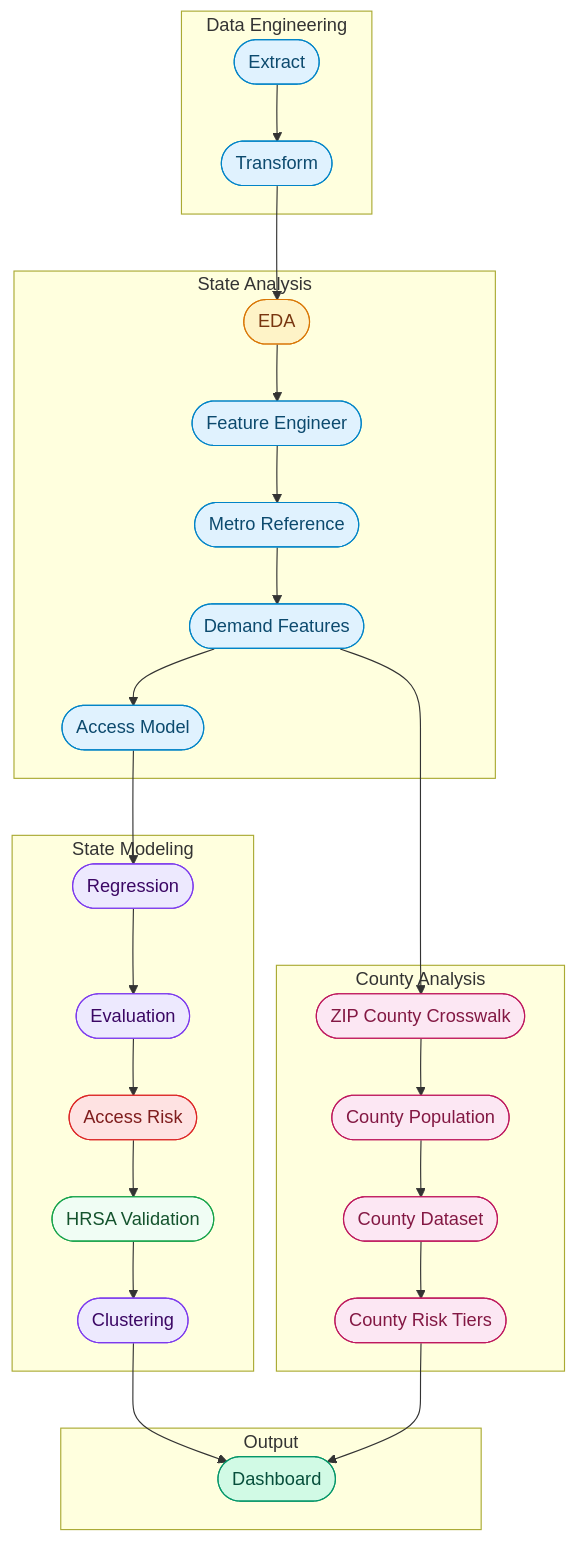
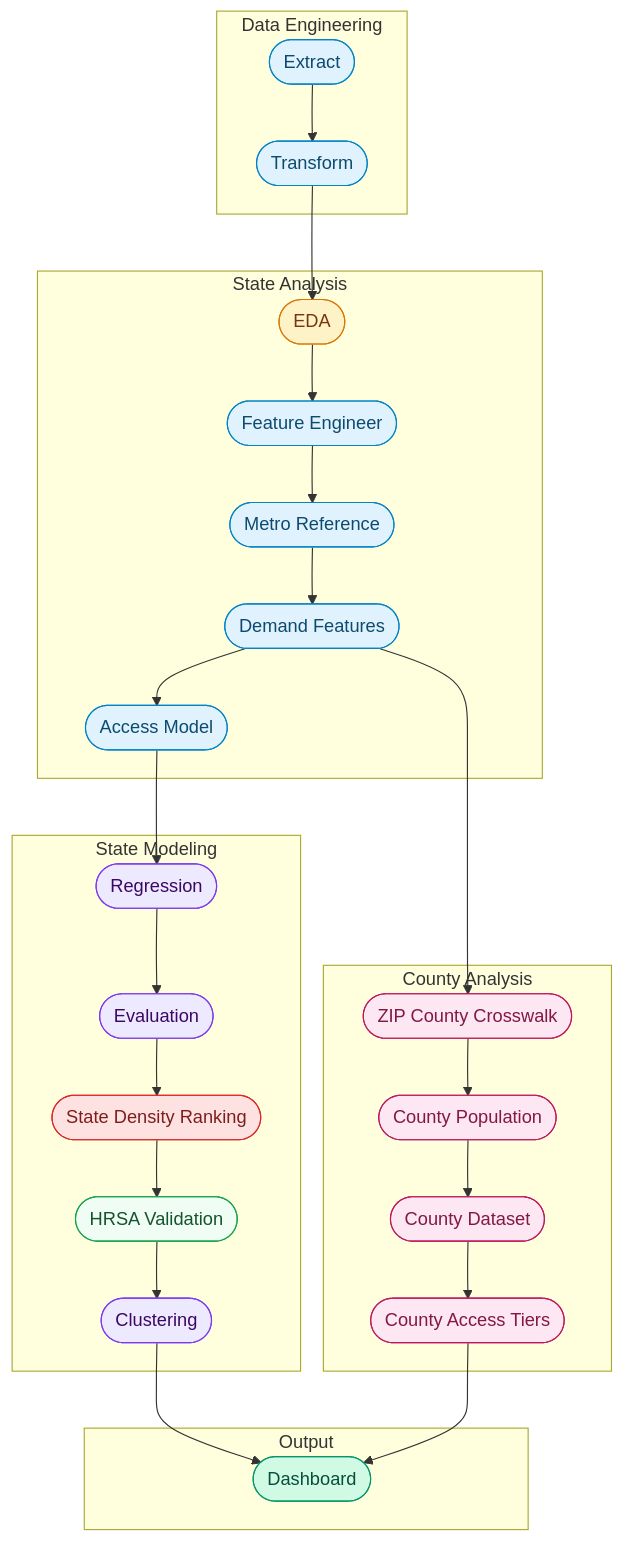
The diagram in README.md (kennethyeaher/inst737-final-project-kenneth-yeaher), drawn with Mermaid before and after one commit. The commit also changed other lines of this file and 7 other files, not shown here.

````diff
--- a/README.md
+++ b/README.md
@@ -223,53 +243,53 @@
 ```mermaid
 flowchart TD
     subgraph ETL ["Data Engineering"]
         A([Extract]) --> B([Transform])
     end
 
     subgraph ANALYSIS ["State Analysis"]
         C([EDA]) --> D([Feature Engineer])
         D --> E([Metro Reference])
         E --> L([Demand Features])
         L --> F([Access Model])
     end
 
     subgraph COUNTY ["County Analysis"]
         Q([ZIP County Crosswalk]) --> R([County Population])
         R --> S([County Dataset])
-        S --> T([County Risk Tiers])
+        S --> T([County Access Tiers])
     end
 
     subgraph MODELING ["State Modeling"]
         G([Regression]) --> H([Evaluation])
-        H --> I([Access Risk])
+        H --> I([State Density Ranking])
         I --> N([HRSA Validation])
         N --> J([Clustering])
     end
 
     subgraph OUTPUT ["Output"]
         K([Dashboard])
     end
 
     B --> C
     L --> Q
     F --> G
     J --> K
     T --> K
 
     classDef etl fill:#e0f2fe,stroke:#0284c7,color:#0c4a6e
     classDef eda fill:#fef3c7,stroke:#d97706,color:#78350f
     classDef model fill:#ede9fe,stroke:#7c3aed,color:#3b0764
     classDef risk fill:#fee2e2,stroke:#dc2626,color:#7f1d1d
     classDef valid fill:#f0fdf4,stroke:#16a34a,color:#14532d
     classDef dash fill:#d1fae5,stroke:#059669,color:#064e3b
     classDef county fill:#fce7f3,stroke:#be185d,color:#831843
 
     class A,B etl
     class C eda
     class D,E,L,F etl
     class G,H,J model
     class I risk
     class N valid
     class K dash
     class Q,R,S,T county
 ```
````
